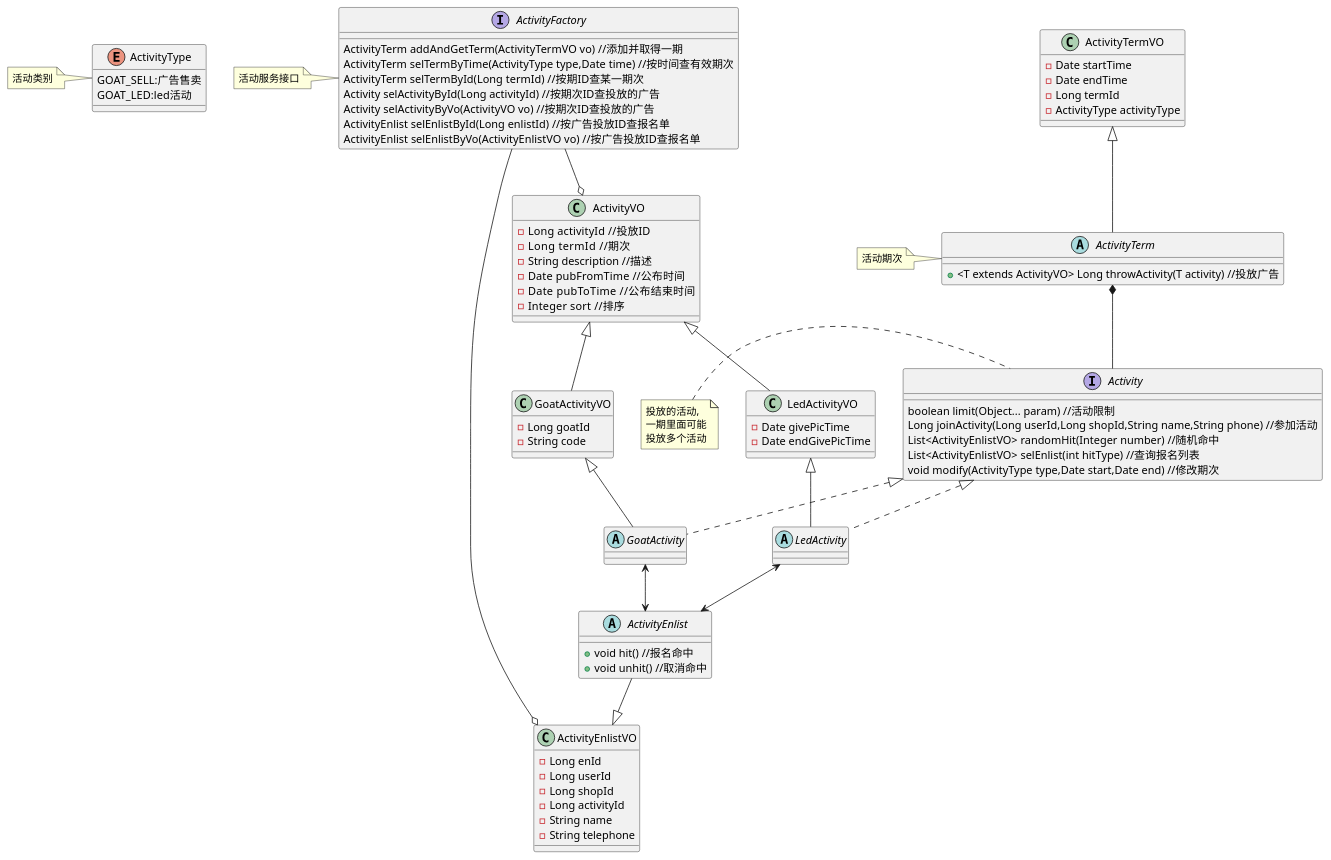
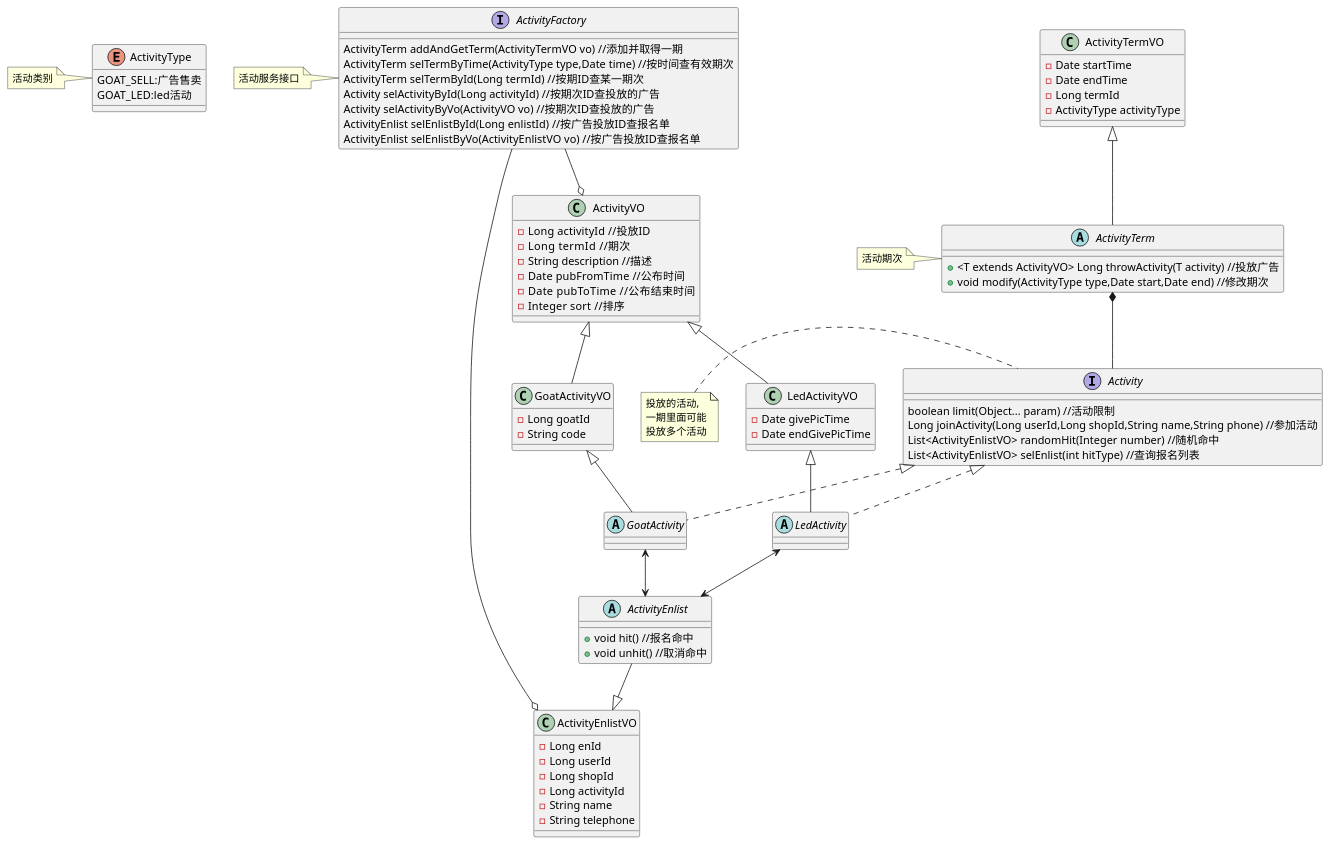
The diagram in main4-spread/main4-spread-api/src/main/resources/activity_class.puml (pogy/main-pom), drawn with PlantUML before and after one commit. The commit also changed 4 other files, not shown here.

```diff
--- a/main4-spread/main4-spread-api/src/main/resources/activity_class.puml
+++ b/main4-spread/main4-spread-api/src/main/resources/activity_class.puml
@@ -1,102 +1,102 @@
 @startuml
 
 enum ActivityType{
 GOAT_SELL:广告售卖
 GOAT_LED:led活动
 }
 
 note left of ActivityType:活动类别
 
 abstract class ActivityTerm{
 +<T extends ActivityVO> Long throwActivity(T activity) //投放广告
++void modify(ActivityType type,Date start,Date end) //修改期次
 }
 
 class ActivityTermVO{
 -Date startTime
 -Date endTime
 -Long termId
 -ActivityType activityType
 }
 
 note left of ActivityTerm:活动期次
 
 interface Activity{
 boolean limit(Object... param) //活动限制
 Long joinActivity(Long userId,Long shopId,String name,String phone) //参加活动
 List<ActivityEnlistVO> randomHit(Integer number) //随机命中
 List<ActivityEnlistVO> selEnlist(int hitType) //查询报名列表
-void modify(ActivityType type,Date start,Date end) //修改期次
 }
 
 note left of Activity:投放的活动,\n一期里面可能\n投放多个活动
 
 abstract class GoatActivity{
 }
 
 class ActivityVO{
 -Long activityId  //投放ID
 -Long termId   //期次
 -String description //描述
 -Date pubFromTime  //公布时间
 -Date pubToTime   //公布结束时间
 -Integer sort  //排序
 }
 
 class GoatActivityVO{
 -Long goatId
 -String code
 }
 
 abstract class LedActivity{
 }
 
 class LedActivityVO{
 -Date givePicTime
 -Date endGivePicTime
 }
 
 abstract class ActivityEnlist{
 +void hit() //报名命中
 +void unhit() //取消命中
 }
 
 class ActivityEnlistVO{
 -Long enId
 -Long userId
 -Long shopId
 -Long activityId
 -String name
 -String telephone
 }
 
 interface ActivityFactory{
 ActivityTerm addAndGetTerm(ActivityTermVO vo) //添加并取得一期
 ActivityTerm selTermByTime(ActivityType type,Date time) //按时间查有效期次
 ActivityTerm selTermById(Long termId) //按期ID查某一期次
 Activity selActivityById(Long activityId) //按期次ID查投放的广告
 Activity selActivityByVo(ActivityVO vo) //按期次ID查投放的广告
 ActivityEnlist selEnlistById(Long enlistId) //按广告投放ID查报名单
 ActivityEnlist selEnlistByVo(ActivityEnlistVO vo) //按广告投放ID查报名单
 
 }
 
 note left of ActivityFactory:活动服务接口
 Activity <|.. GoatActivity
 
 Activity <|.. LedActivity
 
 ActivityTerm *-- Activity
 
 ActivityTermVO <|--ActivityTerm
 
 GoatActivity <--> ActivityEnlist
 LedActivity <--> ActivityEnlist
 ActivityFactory --o ActivityEnlistVO
 ActivityFactory --o ActivityVO
 ActivityVO <|-- LedActivityVO
 ActivityVO <|-- GoatActivityVO
 
 LedActivityVO <|-- LedActivity
 GoatActivityVO <|-- GoatActivity
 ActivityEnlist --|> ActivityEnlistVO
 @enduml
```
